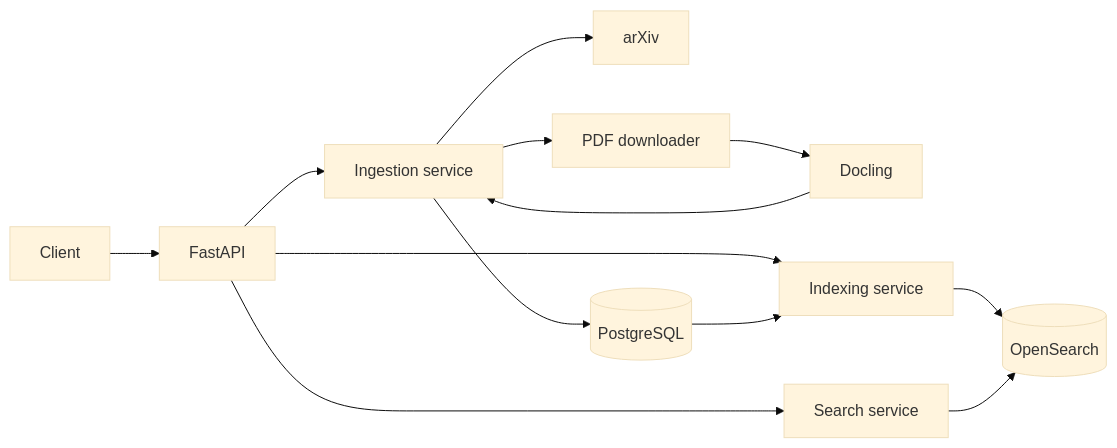
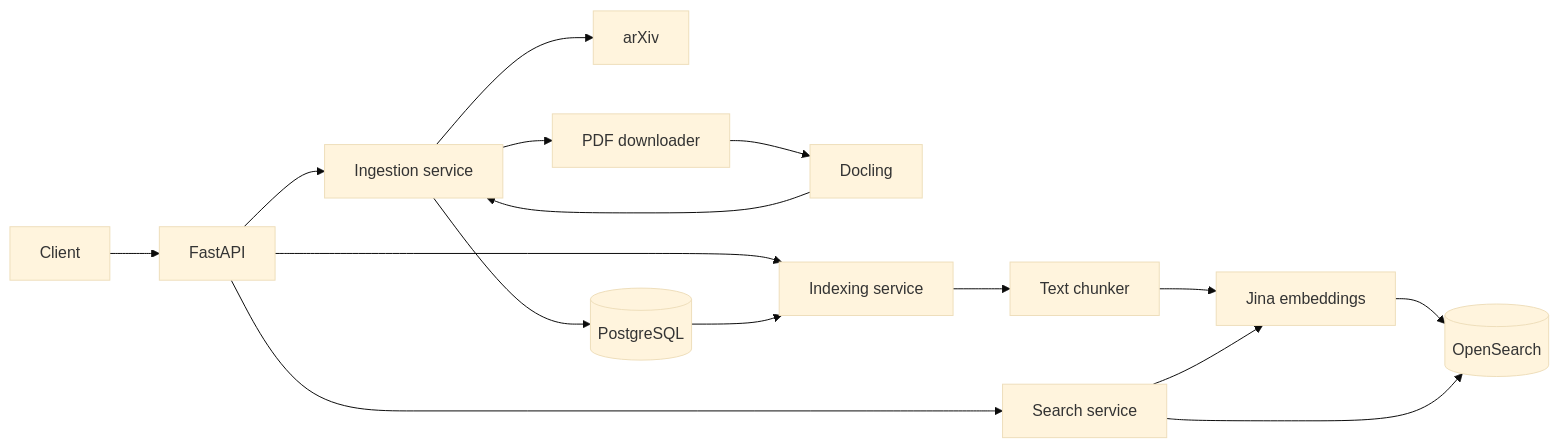
Before and after one commit to vector94/agentic-research-assistant: the diagram in README.md, drawn with Mermaid (base theme). The commit also changed other lines of this file and 23 other files, not shown here.

````diff
--- a/README.md
+++ b/README.md
@@ -21,15 +25,18 @@
 ```mermaid
 flowchart LR
     Client --> FastAPI
     FastAPI --> Ingestion[Ingestion service]
     Ingestion --> arXiv
     Ingestion --> PDF[PDF downloader]
     PDF --> Docling
     Docling --> Ingestion
     Ingestion --> PostgreSQL[(PostgreSQL)]
     FastAPI --> Indexing[Indexing service]
     PostgreSQL --> Indexing
-    Indexing --> OpenSearch[(OpenSearch)]
+    Indexing --> Chunking[Text chunker]
+    Chunking --> Embeddings[Jina embeddings]
+    Embeddings --> OpenSearch[(OpenSearch)]
     FastAPI --> Search[Search service]
     Search --> OpenSearch
+    Search --> Embeddings
 ```
````
